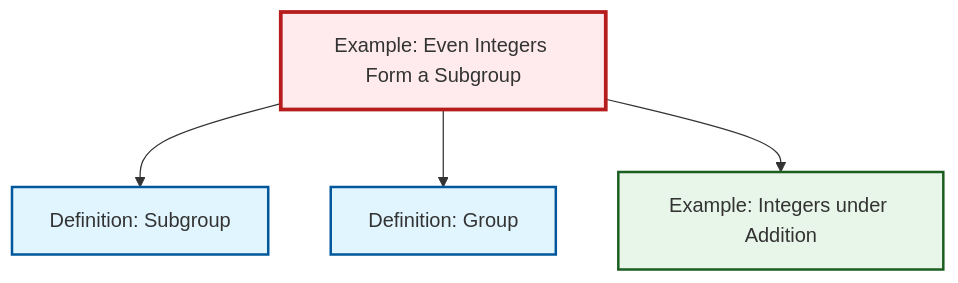
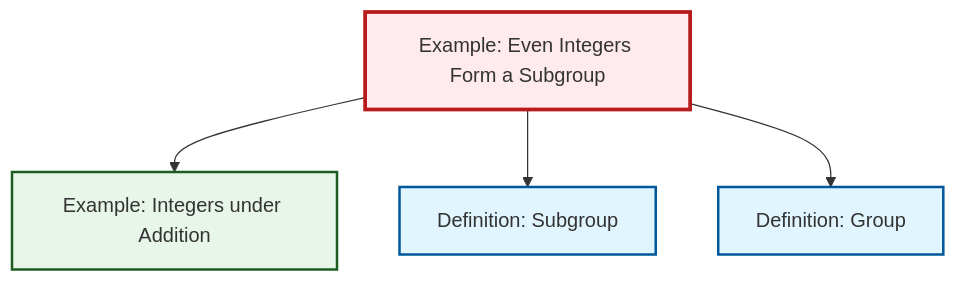
The diagram in output/mermaid/ex-even-integers-subgroup.mermaid (RK0429/ModernMath), drawn with Mermaid before and after one commit. The commit also changed other lines of this file and 1118 other files, not shown here.

````diff
--- a/output/mermaid/ex-even-integers-subgroup.mermaid
+++ b/output/mermaid/ex-even-integers-subgroup.mermaid
@@ -1,17 +1,17 @@
 ```{mermaid}
 %%| fig-cap: "Local dependency graph"
 graph TD
     classDef definition fill:#e1f5fe,stroke:#01579b,stroke-width:2px
     classDef theorem fill:#f3e5f5,stroke:#4a148c,stroke-width:2px
     classDef axiom fill:#fff3e0,stroke:#e65100,stroke-width:2px
     classDef example fill:#e8f5e9,stroke:#1b5e20,stroke-width:2px
     classDef current fill:#ffebee,stroke:#b71c1c,stroke-width:3px
+    def-group["Definition: Group"]:::definition
     def-subgroup["Definition: Subgroup"]:::definition
     ex-integers-addition["Example: Integers under Addition"]:::example
     ex-even-integers-subgroup["Example: Even Integers Form a Subgroup"]:::example
-    def-group["Definition: Group"]:::definition
+    ex-even-integers-subgroup --> ex-integers-addition
     ex-even-integers-subgroup --> def-subgroup
     ex-even-integers-subgroup --> def-group
-    ex-even-integers-subgroup --> ex-integers-addition
     class ex-even-integers-subgroup current
 ```
````
